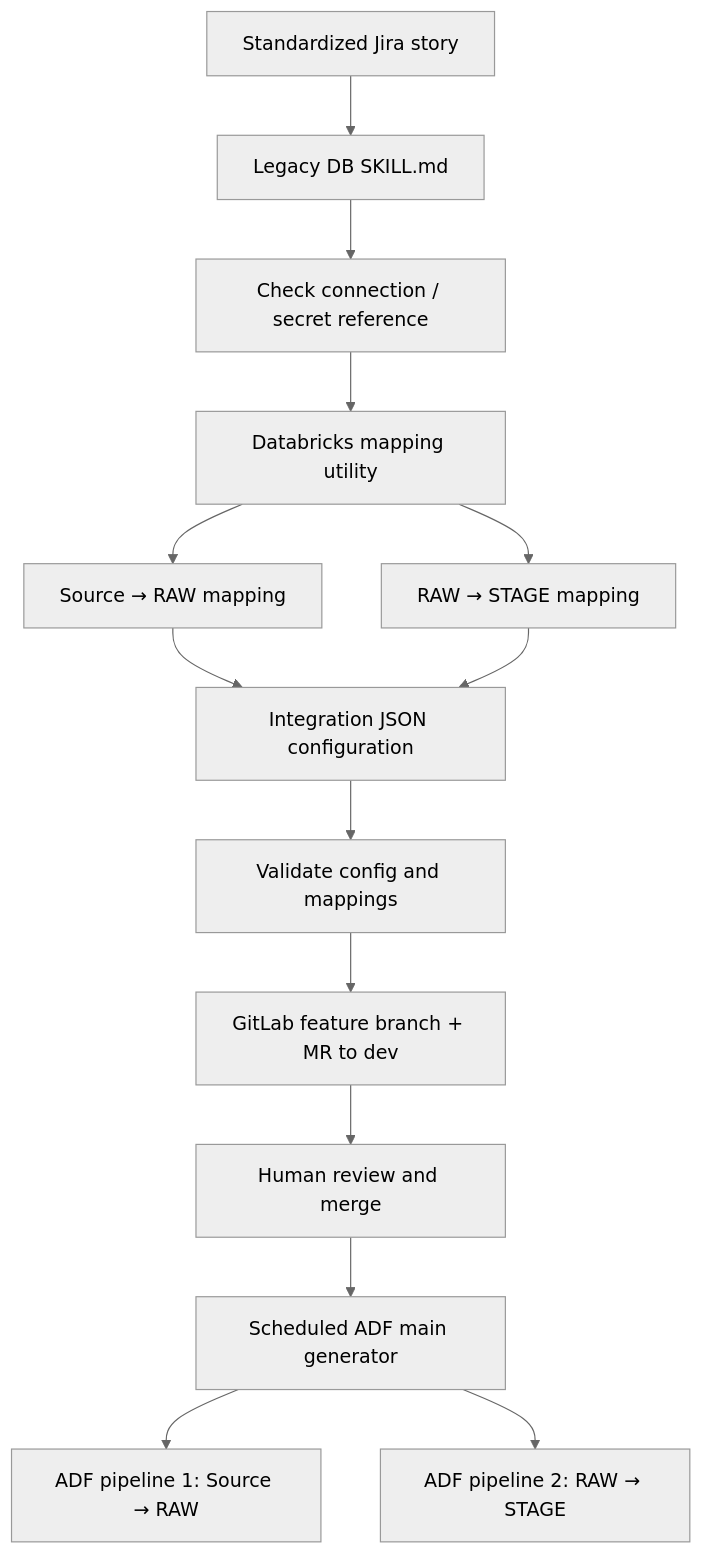
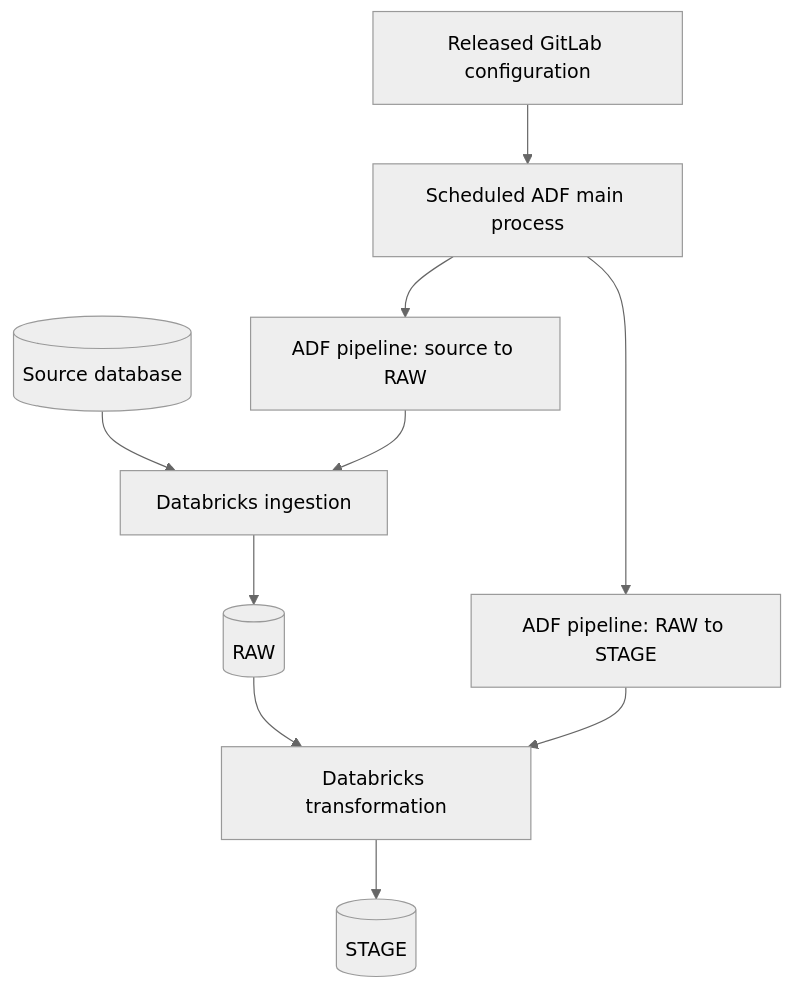
One commit to dorovladcodex/ai-data-integration-platform changed the diagram in docs/legacy-db.md. Above: the diagram before and after it, drawn with Mermaid (neutral theme). The commit also changed other lines of this file and 6 other files, not shown here.

First line of the commit message:
Complete the AI-assisted integration architecture case study

````diff
--- a/docs/legacy-db.md
+++ b/docs/legacy-db.md
@@ -7,16 +19,12 @@
 ```mermaid
-flowchart TD
-    A["Standardized Jira story"] --> B["Legacy DB SKILL.md"]
-    B --> C["Check connection / secret reference"]
-    C --> D["Databricks mapping utility"]
-    D --> E["Source → RAW mapping"]
-    D --> F["RAW → STAGE mapping"]
-    E --> G["Integration JSON configuration"]
-    F --> G
-    G --> V["Validate config and mappings"]
-    V --> M["GitLab feature branch + MR to dev"]
-    M --> H["Human review and merge"]
-    H --> GEN["Scheduled ADF main generator"]
-    GEN --> P1["ADF pipeline 1: Source → RAW"]
-    GEN --> P2["ADF pipeline 2: RAW → STAGE"]
+flowchart TB
+    C["Released GitLab configuration"] --> G["Scheduled ADF main process"]
+    G --> P1["ADF pipeline: source to RAW"]
+    G --> P2["ADF pipeline: RAW to STAGE"]
+    DB[("Source database")] --> N1["Databricks ingestion"]
+    P1 --> N1
+    N1 --> R[("RAW")]
+    R --> N2["Databricks transformation"]
+    P2 --> N2
+    N2 --> S[("STAGE")]
 ```
````
